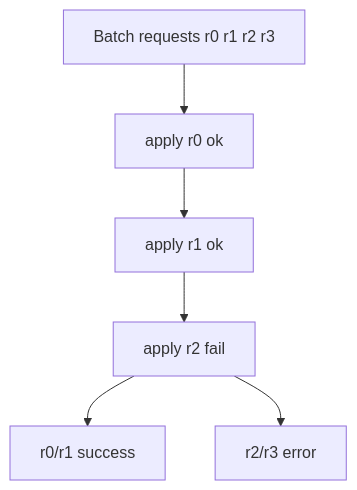
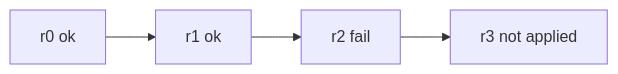
One commit to feichai0017/NoKV changed the fourth of 5 diagrams in docs/notes/2026-02-09-rhythm-of-writes-commit-worker-batch-ringbuffer.md. Above: the diagram before and after it, drawn with Mermaid. The commit also changed other lines of this file and 3 other files, not shown here.

````diff
--- a/docs/notes/2026-02-09-rhythm-of-writes-commit-worker-batch-ringbuffer.md
+++ b/docs/notes/2026-02-09-rhythm-of-writes-commit-worker-batch-ringbuffer.md
@@ -115,8 +106,4 @@
 ```mermaid
-flowchart TD
-  A["Batch requests r0 r1 r2 r3"] --> B["apply r0 ok"]
-  B --> C["apply r1 ok"]
-  C --> D["apply r2 fail"]
-  D --> E["r0/r1 success"]
-  D --> F["r2/r3 error"]
+flowchart LR
+  A["r0 ok"] --> B["r1 ok"] --> C["r2 fail"] --> D["r3 not applied"]
 ```
````
